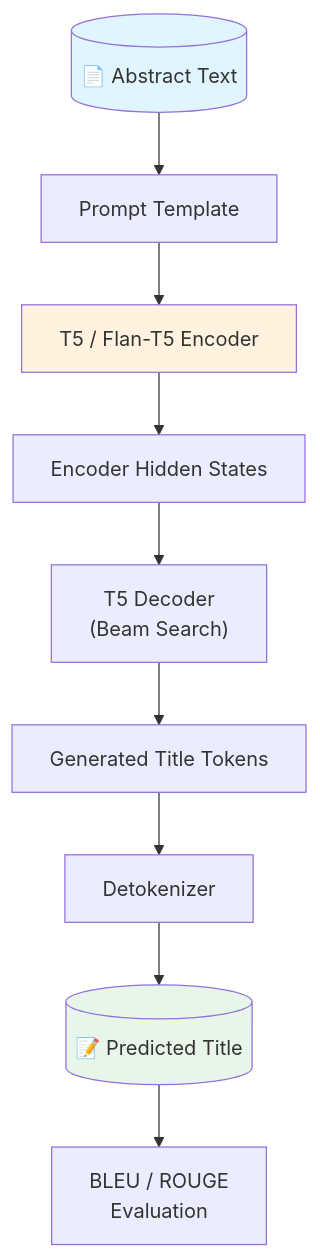
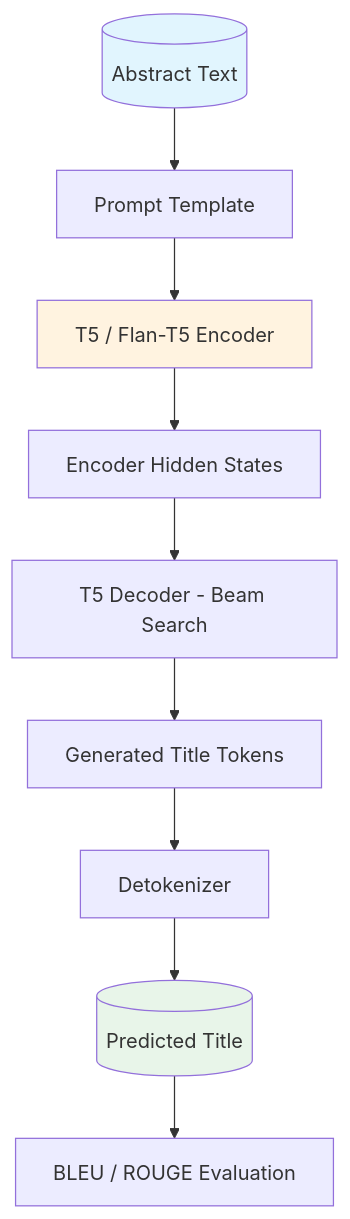
Before and after one commit to Mahim05078/mahim05078.github.io: the second of 4 diagrams in _pages/projects.md, drawn with Mermaid. The commit also changed other lines of this file, not shown here.

Commit message:
update Dec 25:5 - mermaid diagrams

```diff
--- a/_pages/projects.md
+++ b/_pages/projects.md
@@ -61,15 +61,15 @@
 <div class="mermaid">
 flowchart TD
-    A[("📄 Abstract Text")] --> B["Prompt Template"]
-    B --> C["T5 / Flan-T5 Encoder"]
-    C --> D["Encoder Hidden States"]
-    D --> E["T5 Decoder<br/>(Beam Search)"]
-    E --> F["Generated Title Tokens"]
-    F --> G["Detokenizer"]
-    G --> H[("📝 Predicted Title")]
-    H --> I["BLEU / ROUGE<br/>Evaluation"]
+    A[(Abstract Text)] --> B[Prompt Template]
+    B --> C[T5 / Flan-T5 Encoder]
+    C --> D[Encoder Hidden States]
+    D --> E[T5 Decoder - Beam Search]
+    E --> F[Generated Title Tokens]
+    F --> G[Detokenizer]
+    G --> H[(Predicted Title)]
+    H --> I[BLEU / ROUGE Evaluation]
 
     style A fill:#e1f5fe
     style C fill:#fff3e0
     style H fill:#e8f5e9
 </div>
```
